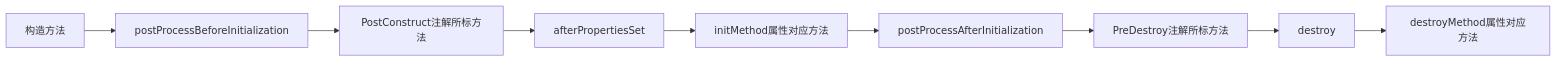
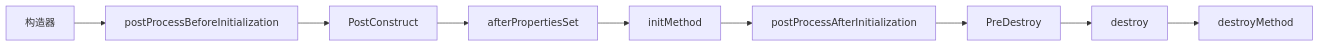
The second of 2 diagrams in Spring.md (Super-Van/Notebook), drawn with Mermaid before and after one commit. The commit also changed other lines of this file and 50 other files, not shown here.

````diff
--- a/Spring.md
+++ b/Spring.md
@@ -2106,11 +2091,11 @@
 ```mermaid
 graph LR;
-	构造方法-->postProcessBeforeInitialization;
-	postProcessBeforeInitialization-->PostConstruct注解所标方法;
-	PostConstruct注解所标方法-->afterPropertiesSet;
-	afterPropertiesSet-->initMethod属性对应方法;
-	initMethod属性对应方法-->postProcessAfterInitialization;
-	postProcessAfterInitialization-->PreDestroy注解所标方法;
-	PreDestroy注解所标方法-->destroy;
-	destroy-->destroyMethod属性对应方法
+	构造器-->postProcessBeforeInitialization;
+	postProcessBeforeInitialization-->PostConstruct;
+	PostConstruct-->afterPropertiesSet;
+	afterPropertiesSet-->initMethod;
+	initMethod-->postProcessAfterInitialization;
+	postProcessAfterInitialization-->PreDestroy;
+	PreDestroy-->destroy;
+	destroy-->destroyMethod
 ```
````
